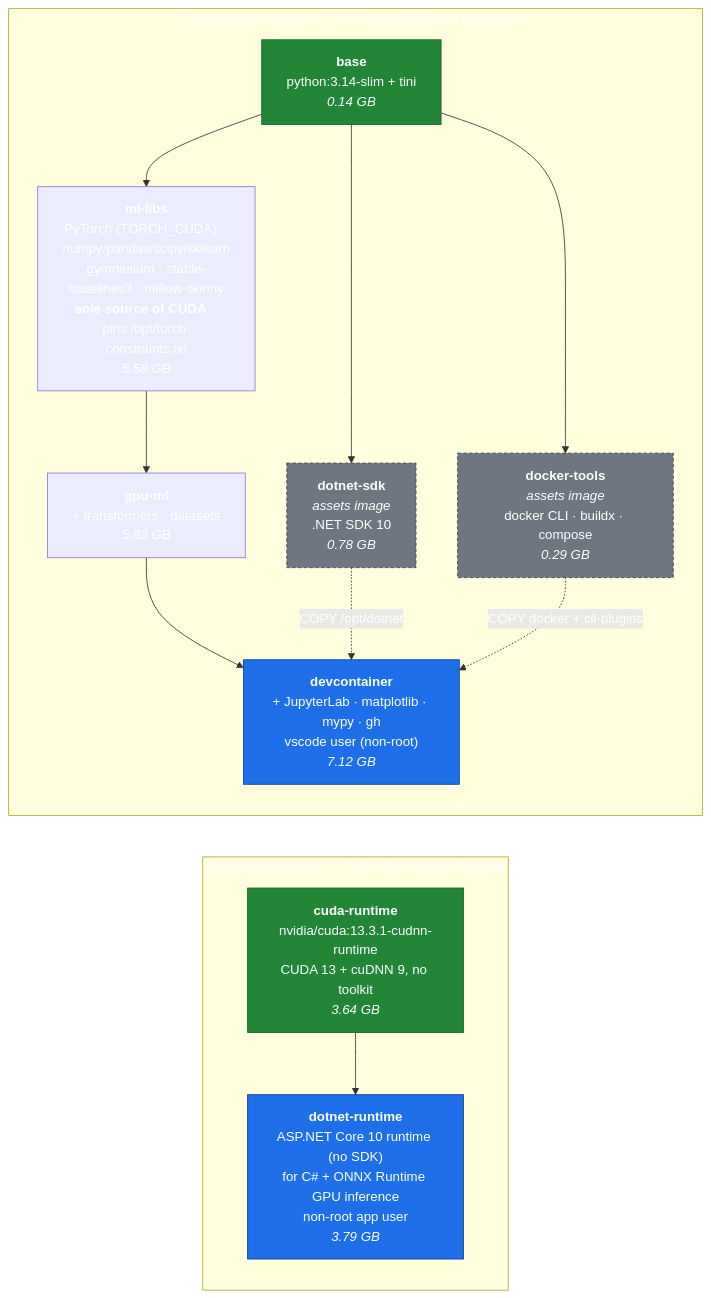
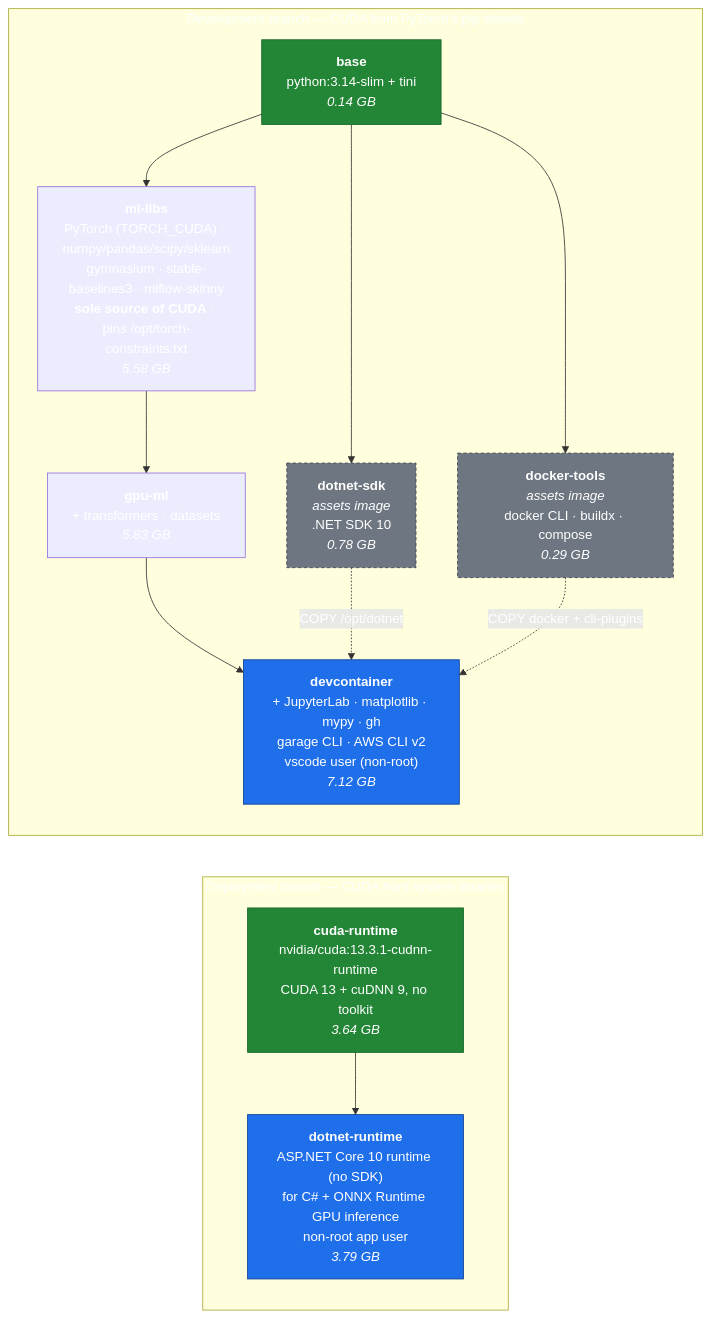
The diagram in README.md (goldsam/ml-images), drawn with Mermaid before and after one commit. The commit also changed 5 other files, not shown here.

First line of the commit message:
Replace s3cmd with the AWS CLI v2

````diff
--- a/README.md
+++ b/README.md
@@ -16,37 +16,37 @@
 ```mermaid
 graph TD
     subgraph dev["Development branch — CUDA from PyTorch's pip wheels"]
         direction TB
         base["<b>base</b><br/>python:3.14-slim + tini<br/><i>0.14 GB</i>"]
         mllibs["<b>ml-libs</b><br/>PyTorch (TORCH_CUDA) · numpy/pandas/scipy/sklearn<br/>gymnasium · stable-baselines3 · mlflow-skinny<br/><b>sole source of CUDA</b> · pins /opt/torch-constraints.txt<br/><i>5.58 GB</i>"]
         gpuml["<b>gpu-ml</b><br/>+ transformers · datasets<br/><i>5.83 GB</i>"]
-        devc["<b>devcontainer</b><br/>+ JupyterLab · matplotlib · mypy · gh<br/>vscode user (non-root)<br/><i>7.12 GB</i>"]
+        devc["<b>devcontainer</b><br/>+ JupyterLab · matplotlib · mypy · gh<br/>garage CLI · AWS CLI v2<br/>vscode user (non-root)<br/><i>7.12 GB</i>"]
         dotnetsdk["<b>dotnet-sdk</b><br/><i>assets image</i><br/>.NET SDK 10<br/><i>0.78 GB</i>"]
         dockertools["<b>docker-tools</b><br/><i>assets image</i><br/>docker CLI · buildx · compose<br/><i>0.29 GB</i>"]
 
         base --> mllibs
         base --> dotnetsdk
         base --> dockertools
         mllibs --> gpuml
         gpuml --> devc
         dotnetsdk -.->|"COPY /opt/dotnet"| devc
         dockertools -.->|"COPY docker + cli-plugins"| devc
     end
 
     subgraph deploy["Deployment branch — CUDA from system libraries"]
         direction TB
         cudart["<b>cuda-runtime</b><br/>nvidia/cuda:13.3.1-cudnn-runtime<br/>CUDA 13 + cuDNN 9, no toolkit<br/><i>3.64 GB</i>"]
         dotnetrt["<b>dotnet-runtime</b><br/>ASP.NET Core 10 runtime (no SDK)<br/>for C# + ONNX Runtime GPU inference<br/>non-root app user<br/><i>3.79 GB</i>"]
 
         cudart --> dotnetrt
     end
 
     devc ~~~ deploy
 
     classDef leaf fill:#1f6feb,stroke:#0b3d91,color:#fff
     classDef assets fill:#6e7681,stroke:#3d444d,color:#fff,stroke-dasharray:4 3
     classDef root fill:#238636,stroke:#116329,color:#fff
     class devc,dotnetrt leaf
     class dotnetsdk,dockertools assets
     class base,cudart root
 ```
````
